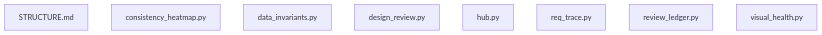
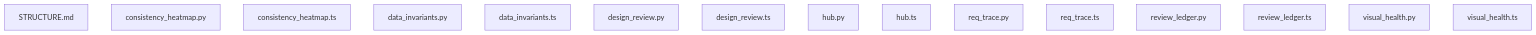
Before and after one commit to andyluss/LiveRefu: the diagram in lab/formal-system/concerns/visual-fallback/tools/STRUCTURE.md, drawn with Mermaid. The commit also changed other lines of this file and 31 other files, not shown here.

````diff
--- a/lab/formal-system/concerns/visual-fallback/tools/STRUCTURE.md
+++ b/lab/formal-system/concerns/visual-fallback/tools/STRUCTURE.md
@@ -36,11 +50,18 @@
 ```mermaid
 graph TD
     N0[STRUCTURE.md]
     N1[consistency_heatmap.py]
-    N2[data_invariants.py]
-    N3[design_review.py]
-    N4[hub.py]
-    N5[req_trace.py]
-    N6[review_ledger.py]
-    N7[visual_health.py]
+    N2[consistency_heatmap.ts]
+    N3[data_invariants.py]
+    N4[data_invariants.ts]
+    N5[design_review.py]
+    N6[design_review.ts]
+    N7[hub.py]
+    N8[hub.ts]
+    N9[req_trace.py]
+    N10[req_trace.ts]
+    N11[review_ledger.py]
+    N12[review_ledger.ts]
+    N13[visual_health.py]
+    N14[visual_health.ts]
 ```
````
